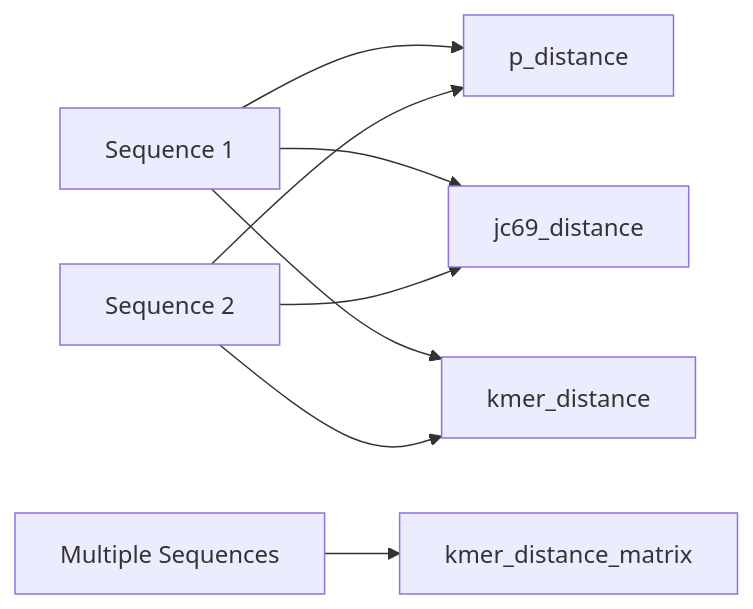
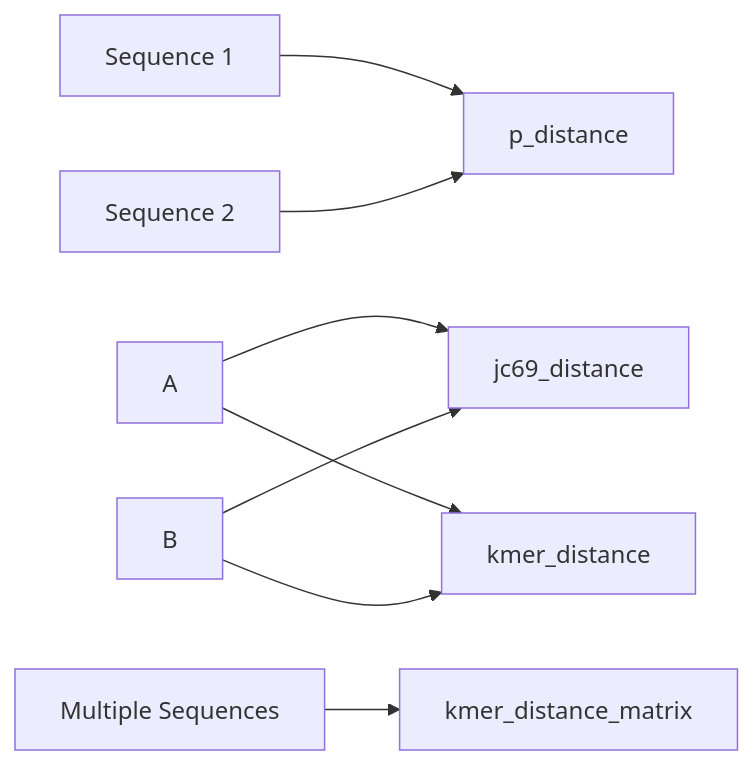
The diagram in docs/dna/distances.md (docxology/MetaInformAnt), drawn with Mermaid before and after one commit. The commit also changed 611 other files, not shown here.

````diff
--- a/docs/dna/distances.md
+++ b/docs/dna/distances.md
@@ -5,7 +5,7 @@
 ```mermaid
 flowchart LR
-  A[Sequence 1] & B[Sequence 2] --> C[p_distance]
-  A & B --> D[jc69_distance] 
-  A & B --> E[kmer_distance]
-  F[Multiple Sequences] --> G[kmer_distance_matrix]
+  Asequence1[Sequence 1] & Bsequence2[Sequence 2] --> CpDistance[p_distance]
+  A & B --> Djc69Distance[jc69_distance] 
+  A & B --> EkmerDistance[kmer_distance]
+  FmultipleSequences[Multiple Sequences] --> GkmerDistanceMatrix[kmer_distance_matrix]
 ```
````
